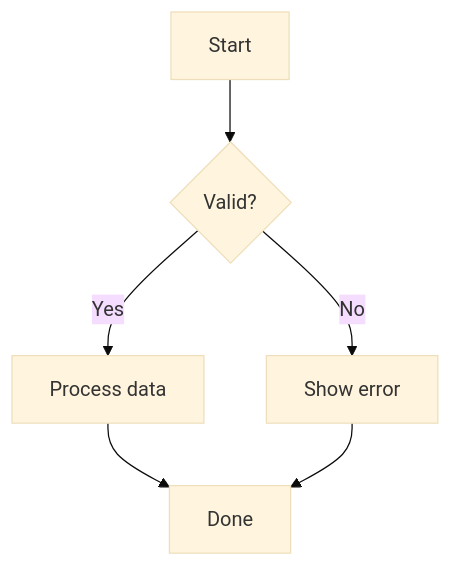
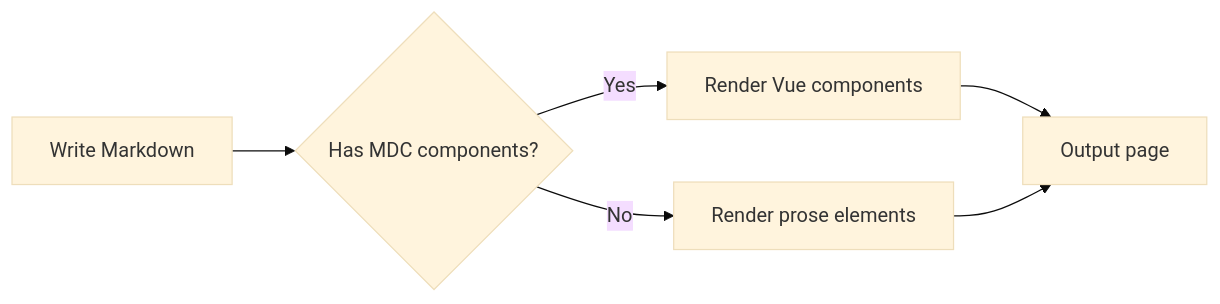
The first of 7 diagrams in docs/content/en/docs/4.writing/5.mermaid.md (mhaibaraai/movk-nuxt-docs), drawn with Mermaid (base theme) before and after one commit. The commit also changed other lines of this file and 34 other files, not shown here.

````diff
--- a/docs/content/en/docs/4.writing/5.mermaid.md
+++ b/docs/content/en/docs/4.writing/5.mermaid.md
@@ -63,8 +65,8 @@
 ```mermaid
-graph TD
-    A[Start] --> B{Valid?}
-    B -->|Yes| C[Process data]
-    B -->|No| D[Show error]
-    C --> E[Done]
+flowchart LR
+    A[Write Markdown] --> B{Has MDC components?}
+    B -->|Yes| C[Render Vue components]
+    B -->|No| D[Render prose elements]
+    C --> E[Output page]
     D --> E
 ```
````
